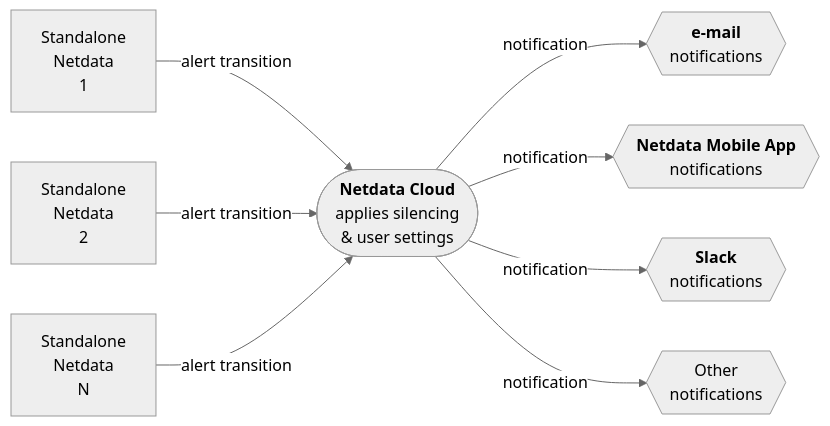
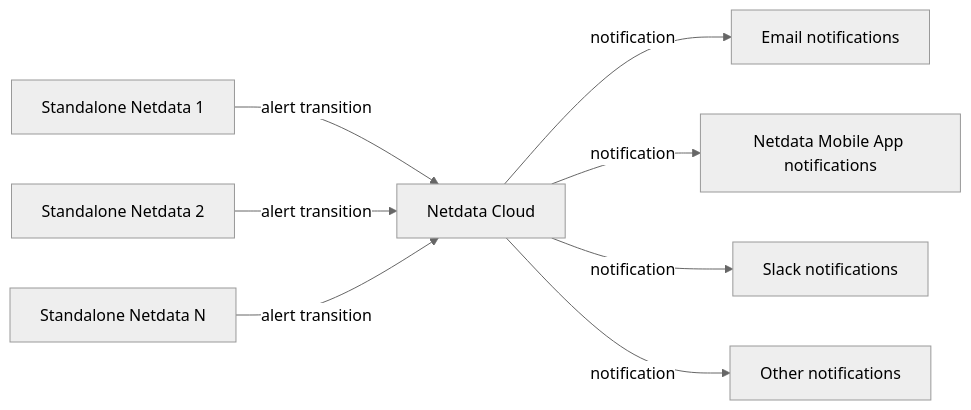
The fourth of 4 diagrams in docs/deployment-guides/standalone-deployment.md (netdata/netdata), drawn with Mermaid (neutral theme) before and after one commit. The commit also changed other lines of this file and 2 other files, not shown here.

````diff
--- a/docs/deployment-guides/standalone-deployment.md
+++ b/docs/deployment-guides/standalone-deployment.md
@@ -105,25 +81,13 @@
 ```mermaid
 flowchart LR
-    EMAIL{{"<b>e-mail</b>
-        notifications"}}
-    MOBILEAPP{{"<b>Netdata Mobile App</b>
-        notifications"}}
-    SLACK{{"<b>Slack</b>
-        notifications"}}
-    OTHER{{"Other
-        notifications"}}
-    NC(["<b>Netdata Cloud</b>
-        applies silencing
-        & user settings"])
-    S1["Standalone
-        Netdata
-         1"]
-    S2["Standalone
-        Netdata
-         2"]
-    SN["Standalone
-        Netdata
-         N"]
+    EMAIL["Email notifications"]
+    MOBILEAPP["Netdata Mobile App notifications"]
+    SLACK["Slack notifications"]
+    OTHER["Other notifications"]
+    NC["Netdata Cloud"]
+    S1["Standalone Netdata 1"]
+    S2["Standalone Netdata 2"]
+    SN["Standalone Netdata N"]
     NC -->|notification| EMAIL & MOBILEAPP & SLACK & OTHER
     S1 & S2 & SN -->|alert transition| NC
 ```
````
